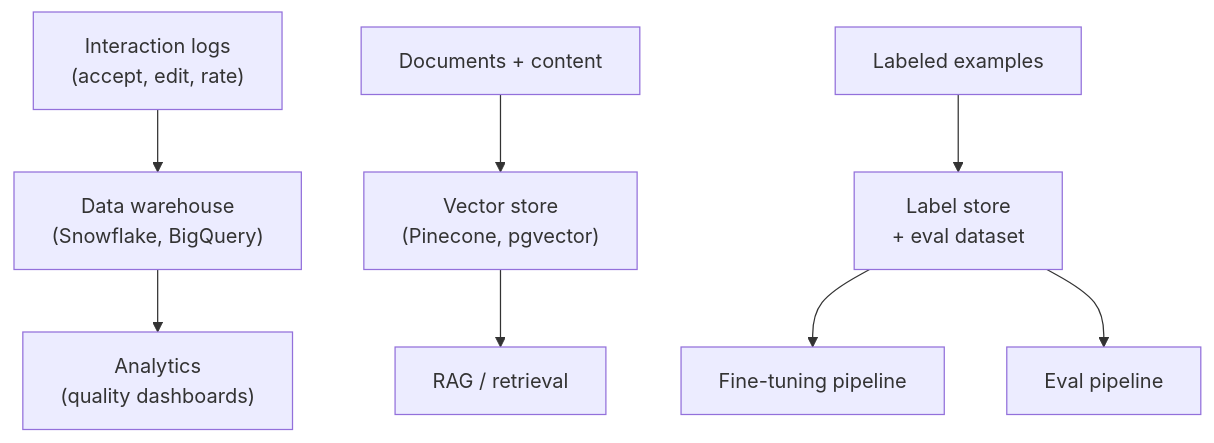
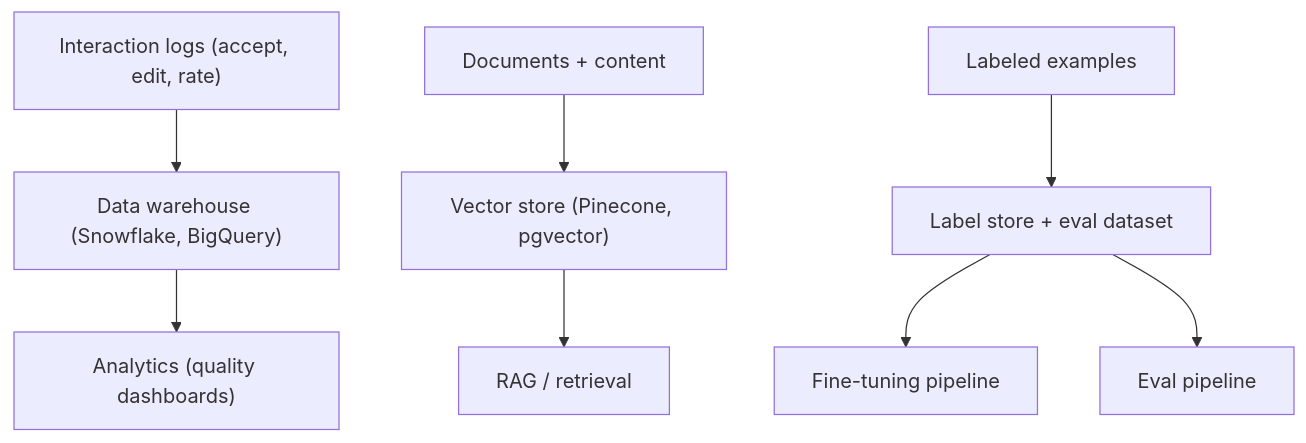
Before and after one commit to mjac-yue/ai-architecture-for-pms: the second of 2 diagrams in module-15-data-strategy.md, drawn with Mermaid. The commit also changed other lines of this file and 15 other files, not shown here.

First line of the commit message:
Remove HTML tags from Mermaid node labels for Obsidian compatibility

````diff
--- a/module-15-data-strategy.md
+++ b/module-15-data-strategy.md
@@ -130,10 +130,10 @@
 ```mermaid
 flowchart TD
-    I["Interaction logs<br>(accept, edit, rate)"] --> DW["Data warehouse<br>(Snowflake, BigQuery)"]
-    D["Documents + content"] --> VS["Vector store<br>(Pinecone, pgvector)"]
-    L["Labeled examples"] --> LD["Label store<br>+ eval dataset"]
-    DW --> AN["Analytics<br>(quality dashboards)"]
+    I["Interaction logs (accept, edit, rate)"] --> DW["Data warehouse (Snowflake, BigQuery)"]
+    D["Documents + content"] --> VS["Vector store (Pinecone, pgvector)"]
+    L["Labeled examples"] --> LD["Label store + eval dataset"]
+    DW --> AN["Analytics (quality dashboards)"]
     LD --> FT["Fine-tuning pipeline"]
     LD --> EV["Eval pipeline"]
     VS --> RAG["RAG / retrieval"]
 ```
````
